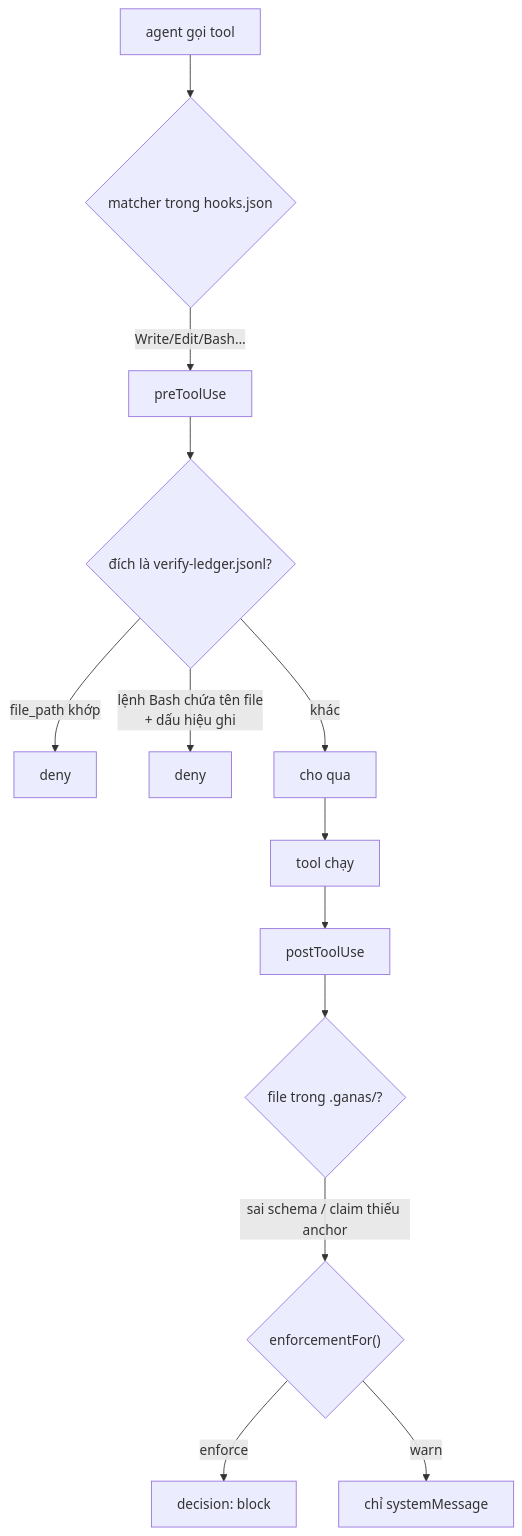
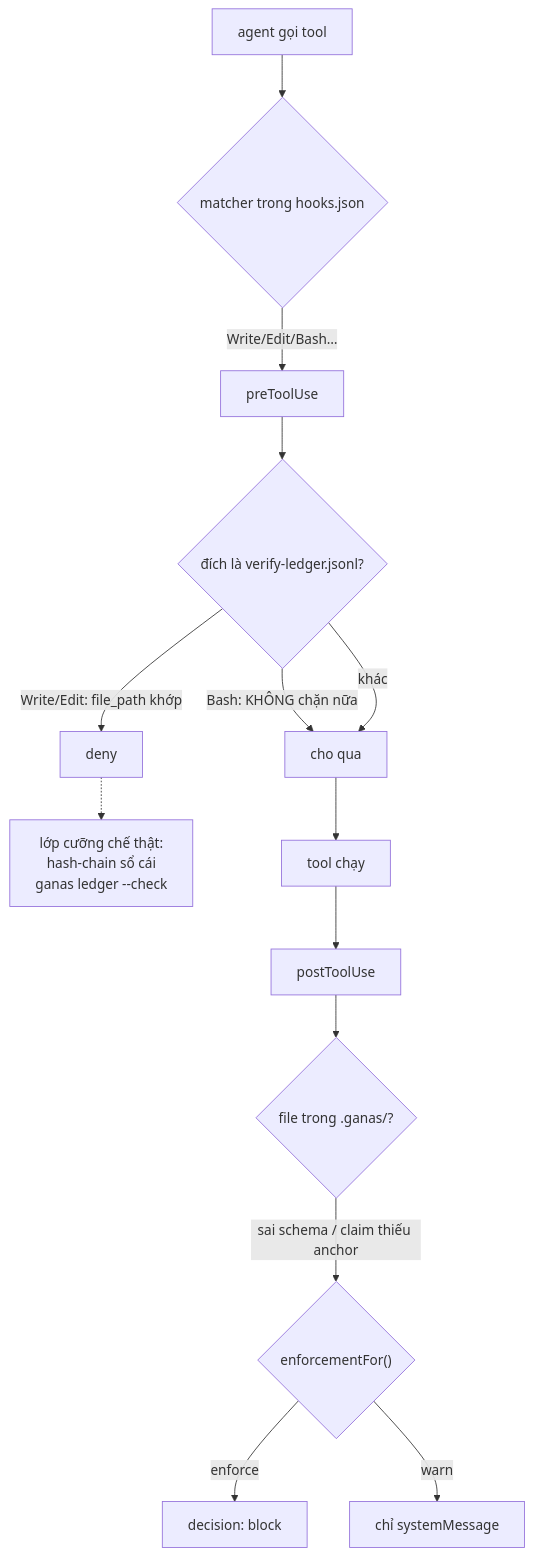
One commit to tienhm0202/ganas changed the sixth of 6 diagrams in docs/FLOWS.md. Above: the diagram before and after it, drawn with Mermaid. The commit also changed other lines of this file and 25 other files, not shown here.

````diff
--- a/docs/FLOWS.md
+++ b/docs/FLOWS.md
@@ -228,16 +228,18 @@
 ```mermaid
 flowchart TD
   A["agent gọi tool"] --> M{"matcher trong hooks.json"}
   M -->|"Write/Edit/Bash…"| P["preToolUse"]
   P --> L{"đích là verify-ledger.jsonl?"}
-  L -->|"file_path khớp"| D1["deny"]
-  L -->|"lệnh Bash chứa tên file<br/>+ dấu hiệu ghi"| D2["deny"]
-  L -->|khác| OK["cho qua"]
+  L -->|"Write/Edit: file_path khớp"| D1["deny"]
+  L -->|"Bash: KHÔNG chặn nữa"| OK["cho qua"]
+  L -->|khác| OK
+
+  D1 -.-> CH["lớp cưỡng chế thật:<br/>hash-chain sổ cái<br/>ganas ledger --check"]
 
   OK --> W["tool chạy"]
   W --> PT["postToolUse"]
   PT --> S{"file trong .ganas/?"}
   S -->|"sai schema / claim thiếu anchor"| E{"enforcementFor()"}
   E -->|enforce| BL["decision: block"]
   E -->|warn| SM["chỉ systemMessage"]
 ```
````
